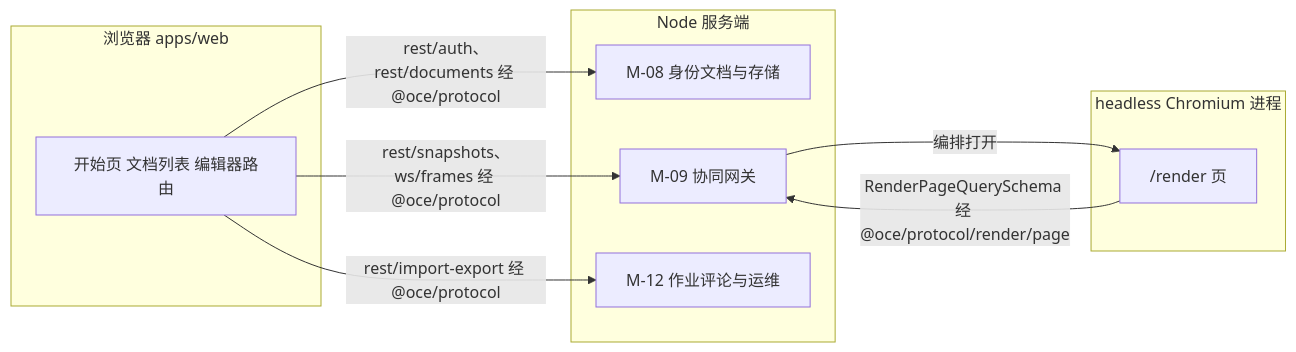
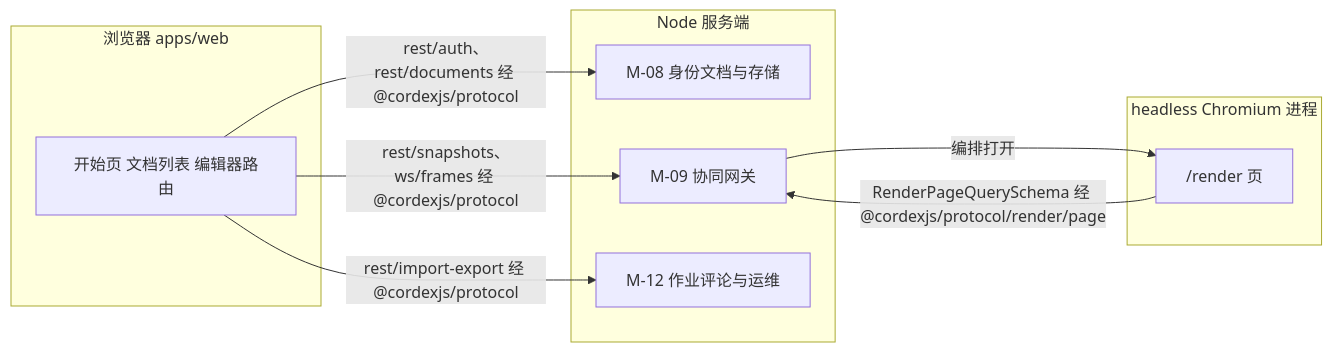
One commit to Xeonice/cordis-ppt-editor changed the fourth of 5 diagrams in docs/40-modules/11-preset-assembly-and-app-shell.md. Above: the diagram before and after it, drawn with Mermaid. The commit also changed other lines of this file and 23 other files, not shown here.

````diff
--- a/docs/40-modules/11-preset-assembly-and-app-shell.md
+++ b/docs/40-modules/11-preset-assembly-and-app-shell.md
@@ -886,19 +886,19 @@
 ```mermaid
 flowchart LR
 subgraph browser["浏览器 apps/web"]
   webApp["开始页 文档列表 编辑器路由"]
 end
 subgraph node["Node 服务端"]
   m08["M-08 身份文档与存储"]
   m09["M-09 协同网关"]
   m12["M-12 作业评论与运维"]
 end
 subgraph chromium["headless Chromium 进程"]
   renderPage["/render 页"]
 end
-webApp -- "rest/auth、rest/documents 经 @oce/protocol" --> m08
-webApp -- "rest/snapshots、ws/frames 经 @oce/protocol" --> m09
-webApp -- "rest/import-export 经 @oce/protocol" --> m12
+webApp -- "rest/auth、rest/documents 经 @cordexjs/protocol" --> m08
+webApp -- "rest/snapshots、ws/frames 经 @cordexjs/protocol" --> m09
+webApp -- "rest/import-export 经 @cordexjs/protocol" --> m12
 m09 -- "编排打开" --> renderPage
-renderPage -- "RenderPageQuerySchema 经 @oce/protocol/render/page" --> m09
+renderPage -- "RenderPageQuerySchema 经 @cordexjs/protocol/render/page" --> m09
 ```
````
